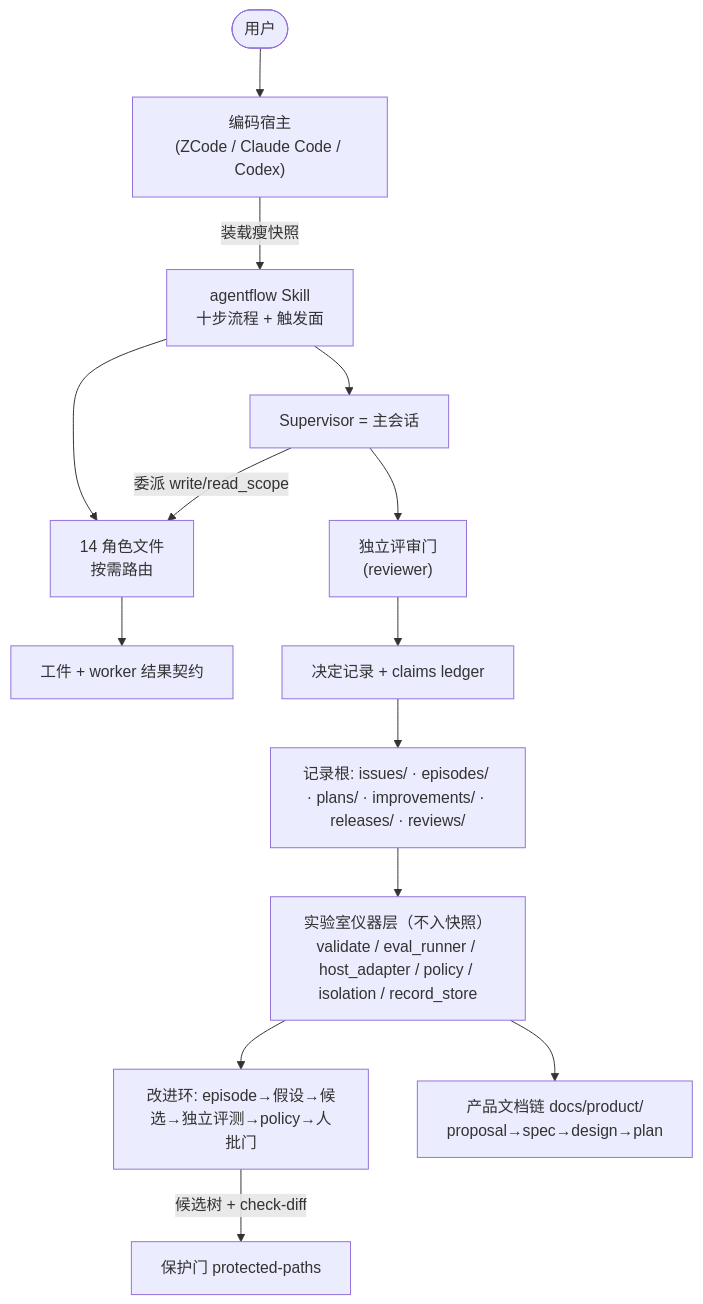
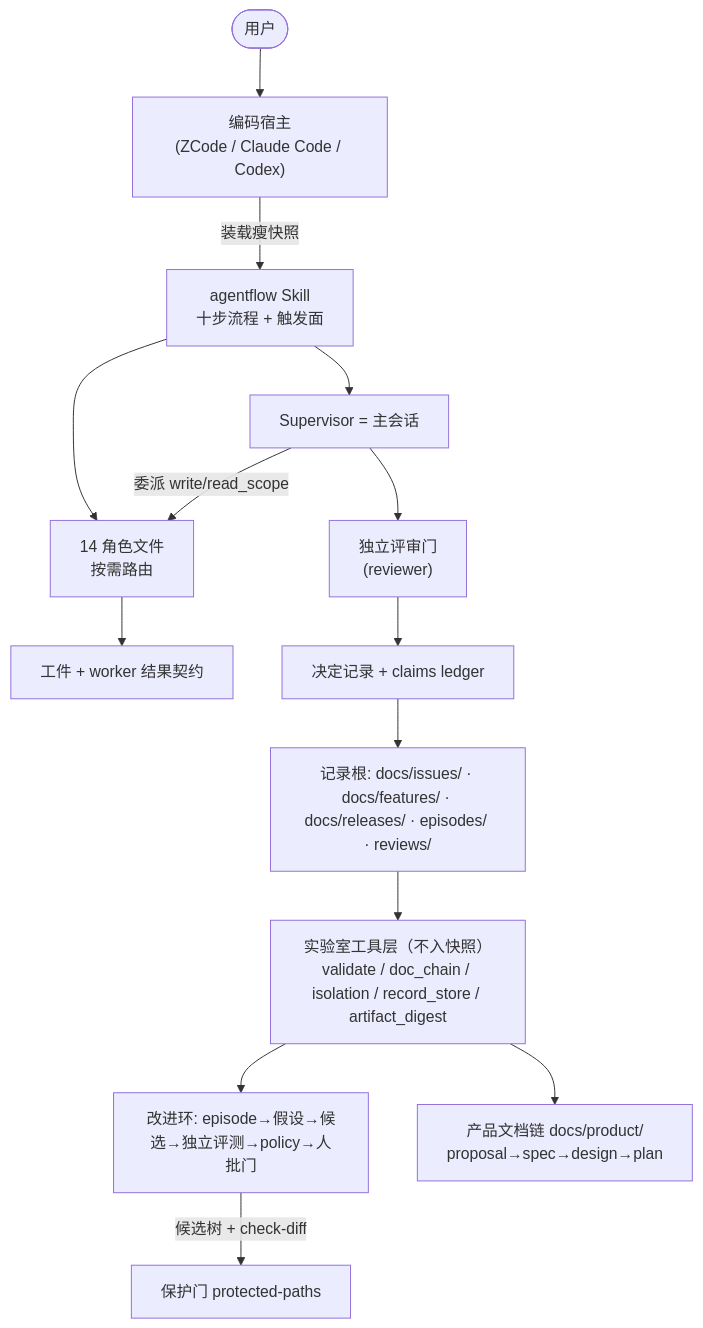
The first of 2 diagrams in docs/product/design/product-design.md (Ganseblum/agentflows), drawn with Mermaid before and after one commit. The commit also changed other lines of this file and 253 other files, not shown here.

````diff
--- a/docs/product/design/product-design.md
+++ b/docs/product/design/product-design.md
@@ -47,16 +47,16 @@
 ```mermaid
 flowchart TB
     User(["用户"]) --> Host["编码宿主<br/>(ZCode / Claude Code / Codex)"]
     Host -->|"装载瘦快照"| Skill["agentflow Skill<br/>十步流程 + 触发面"]
     Skill --> Roles["14 角色文件<br/>按需路由"]
     Skill --> Sup["Supervisor = 主会话"]
     Sup -->|"委派 write/read_scope"| Roles
     Roles --> Out["工件 + worker 结果契约"]
     Sup --> Gate1["独立评审门<br/>(reviewer)"]
     Gate1 --> Decide["决定记录 + claims ledger"]
-    Decide --> Ep["记录根: issues/ · episodes/ · plans/ · improvements/ · releases/ · reviews/"]
-    Ep --> Inst["实验室仪器层（不入快照）<br/>validate / eval_runner / host_adapter / policy / isolation / record_store"]
+    Decide --> Ep["记录根: docs/issues/ · docs/features/ · docs/releases/ · episodes/ · reviews/"]
+    Ep --> Inst["实验室工具层（不入快照）<br/>validate / doc_chain / isolation / record_store / artifact_digest"]
     Inst --> Loop["改进环: episode→假设→候选→独立评测→policy→人批门"]
     Loop -->|"候选树 + check-diff"| Gate2["保护门 protected-paths"]
     Inst --> Docs["产品文档链 docs/product/<br/>proposal→spec→design→plan"]
 ```
````
